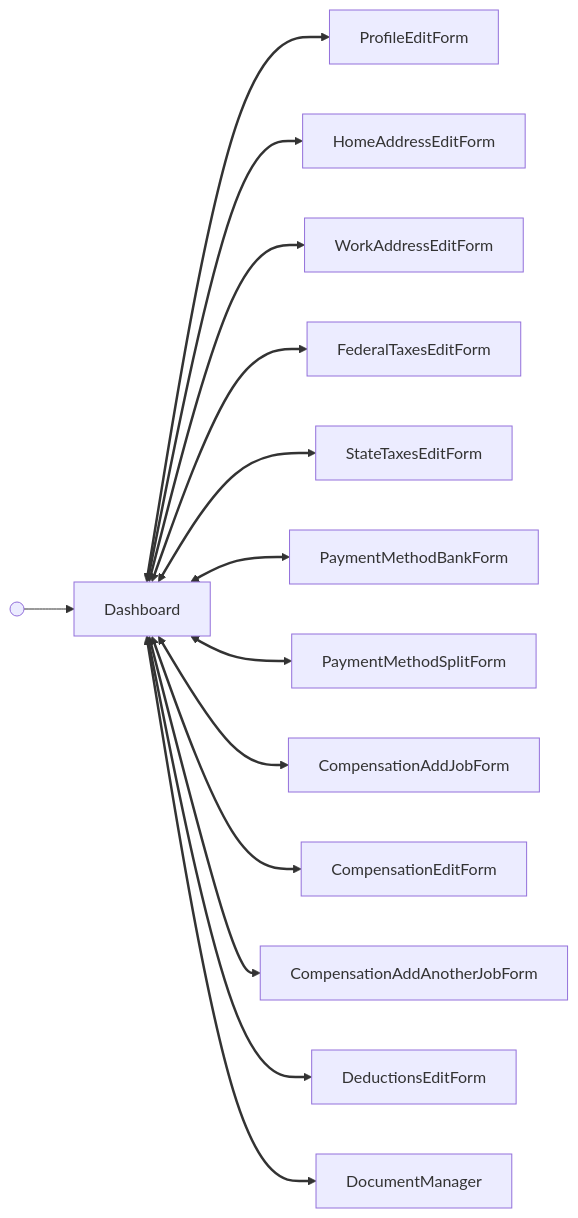
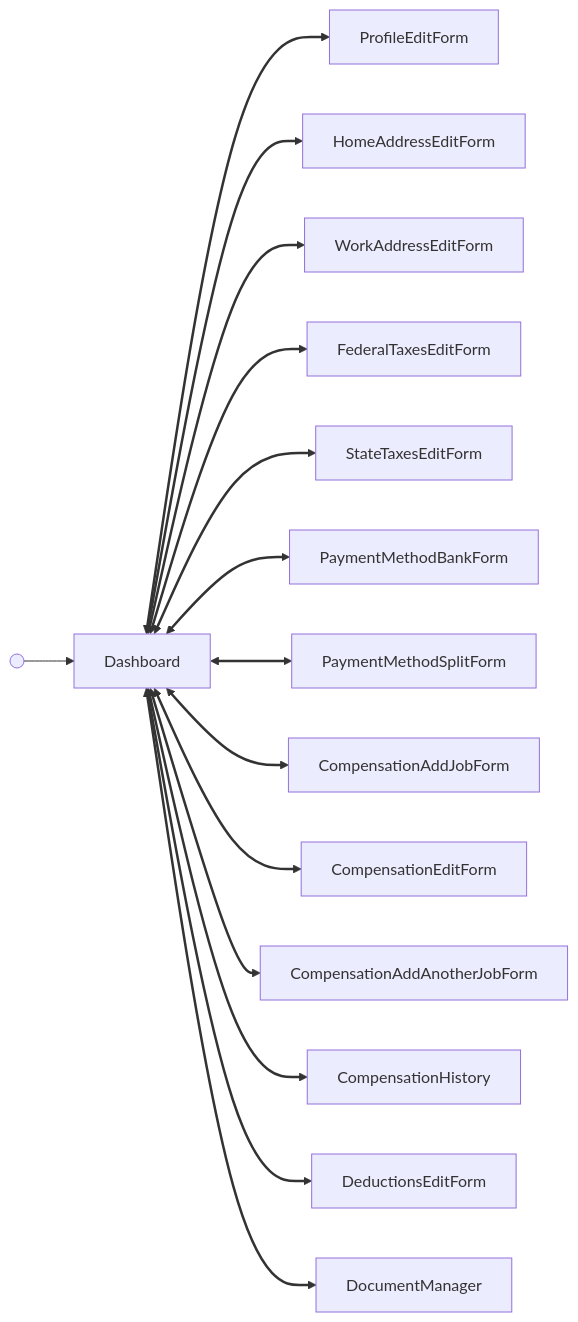
The diagram in src/components/Employee/Dashboard/GUIDE.md (Gusto/embedded-react-sdk), drawn with Mermaid before and after one commit. The commit also changed other lines of this file and 9 other files, not shown here.

````diff
--- a/src/components/Employee/Dashboard/GUIDE.md
+++ b/src/components/Employee/Dashboard/GUIDE.md
@@ -18,17 +22,18 @@
 ```mermaid
 flowchart LR
   start@{ shape: sm-circ } --> Dashboard
   Dashboard <--> ProfileEditForm
   Dashboard <--> HomeAddressEditForm
   Dashboard <--> WorkAddressEditForm
   Dashboard <--> FederalTaxesEditForm
   Dashboard <--> StateTaxesEditForm
   Dashboard <--> PaymentMethodBankForm
   Dashboard <--> PaymentMethodSplitForm
   Dashboard <--> CompensationAddJobForm
   Dashboard <--> CompensationEditForm
   Dashboard <--> CompensationAddAnotherJobForm
+  Dashboard <--> CompensationHistory
   Dashboard <--> DeductionsEditForm
   Dashboard <--> DocumentManager
-  linkStyle 1,2,3,4,5,6,7,8,9,10,11,12 stroke-width:2.5px
+  linkStyle 1,2,3,4,5,6,7,8,9,10,11,12,13 stroke-width:2.5px
 ```
````
